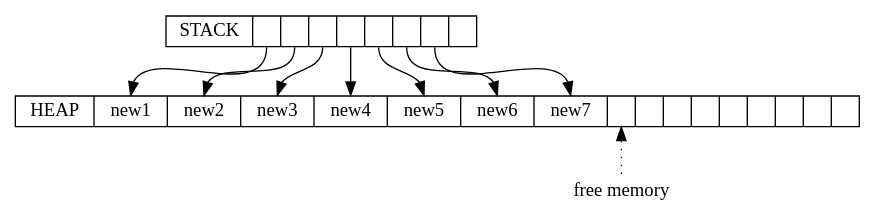
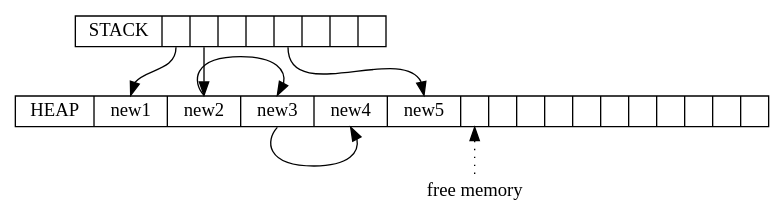
Diagram 11 of 13 in blog/modules/ROOT/pages/6-garbage-collector-perf.adoc (com-lihaoyi/mill), drawn with Graphviz before and after one commit. The commit also changed other lines of this file, not shown here.

````diff
--- a/blog/modules/ROOT/pages/6-garbage-collector-perf.adoc
+++ b/blog/modules/ROOT/pages/6-garbage-collector-perf.adoc
@@ -339,19 +335,17 @@
 ```graphviz
 digraph G {
 
   node [shape=box width=0 height=0 style=filled fillcolor=white]
-  heap1 [shape=record label="HEAP | <f0> new1 | <f1> new2 | <f2> new3 | <f3> new4 | <f4> new5 | <f5> new6 | <f6> new7 | <f7> | <f8> | <f9> | <f10> | <f11> | <f12> | <f13> | <f14> | <f15>"]
+  heap1 [shape=record label="HEAP | <f0> new1 | <f1> new2 | <f2> new3 | <f3> new4 | <f4> new5 | <f5> | <f6> | <f7> | <f8> | <f9> | <f10> | <f11> | <f12> | <f13> | <f14> | <f15>"]
 
   stack [shape=record label="STACK | <f0> | <f1> | <f2> | <f3> | <f4> | <f5> | <f6> | <f7> "]
 
   stack:f0 -> heap1:f0
   stack:f1 -> heap1:f1
-  stack:f2 -> heap1:f2
-  stack:f3 -> heap1:f3
+  heap1:f1:n -> heap1:f2:n
+  heap1:f2:s -> heap1:f3:s
   stack:f4 -> heap1:f4
-  stack:f5 -> heap1:f5
-  stack:f6 -> heap1:f6
-  heap1:f7:s -> alloc:n [dir=back, style=dotted]
+  heap1:f5:s -> alloc:n [dir=back, style=dotted]
   alloc [label = "free memory", shape=plaintext]
 }
 ```
````
